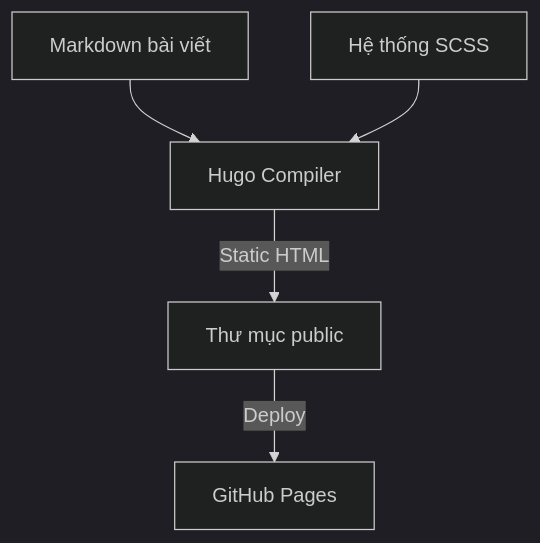
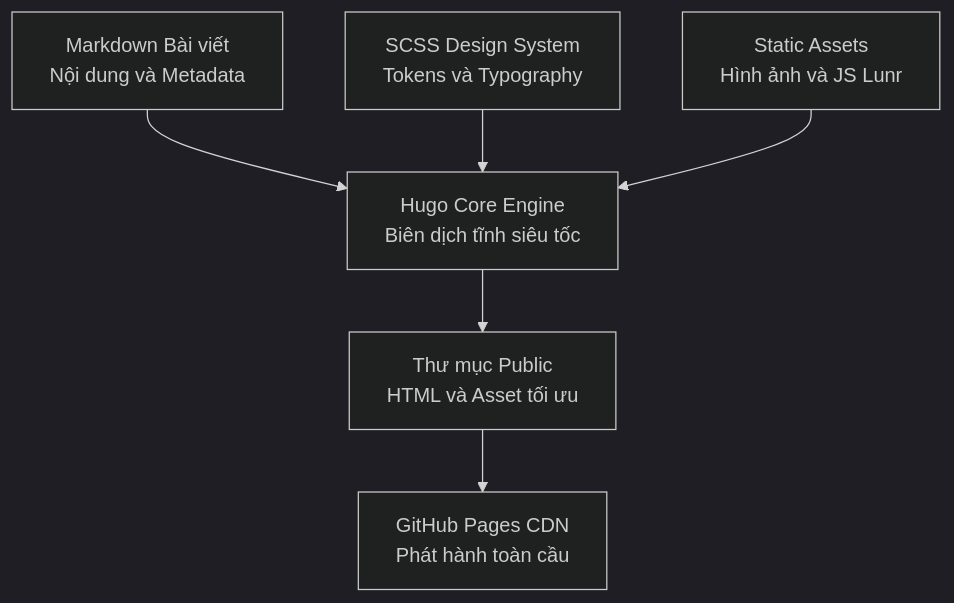
The diagram in content/posts/personal-hugo-technical-blog.md (nguyengoctin/my_website), drawn with Mermaid (dark theme) before and after one commit. The commit also changed 34 other files, not shown here.

Commit message:
feat: add image optimization script and convert static assets to WebP format

````diff
--- a/content/posts/personal-hugo-technical-blog.md
+++ b/content/posts/personal-hugo-technical-blog.md
@@ -22,12 +22,14 @@
 ```mermaid
 flowchart TD
-    MD["`Markdown bài viết`"]
-    SCSS["`Hệ thống SCSS`"]
-    Hugo["`Hugo Compiler`"]
-    Dist["`Thư mục public`"]
-    GHPages["`GitHub Pages`"]
+    MD["Markdown Bài viết<br/>Nội dung và Metadata"]
+    SCSS["SCSS Design System<br/>Tokens và Typography"]
+    Assets["Static Assets<br/>Hình ảnh và JS Lunr"]
+    Hugo["Hugo Core Engine<br/>Biên dịch tĩnh siêu tốc"]
+    Dist["Thư mục Public<br/>HTML và Asset tối ưu"]
+    GHPages["GitHub Pages CDN<br/>Phát hành toàn cầu"]
     MD --> Hugo
     SCSS --> Hugo
-    Hugo -->|Static HTML| Dist
-    Dist -->|Deploy| GHPages
+    Assets --> Hugo
+    Hugo --> Dist
+    Dist --> GHPages
 ```
````
